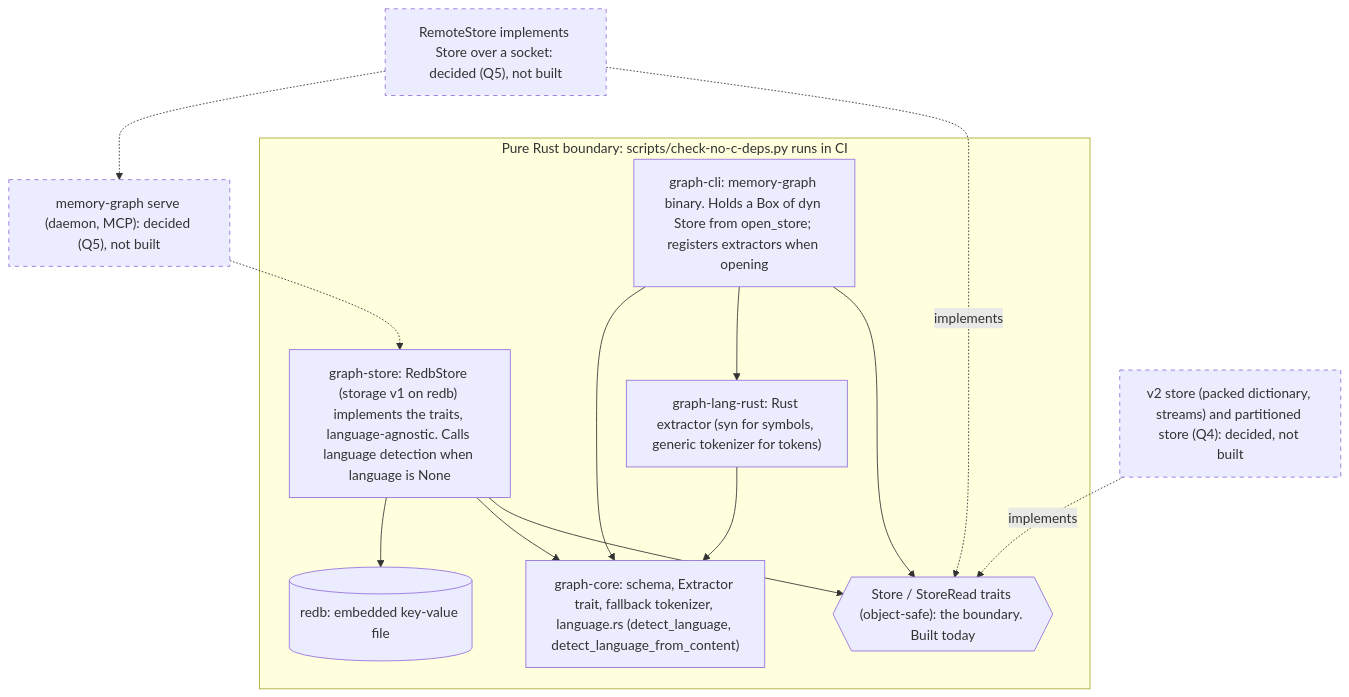
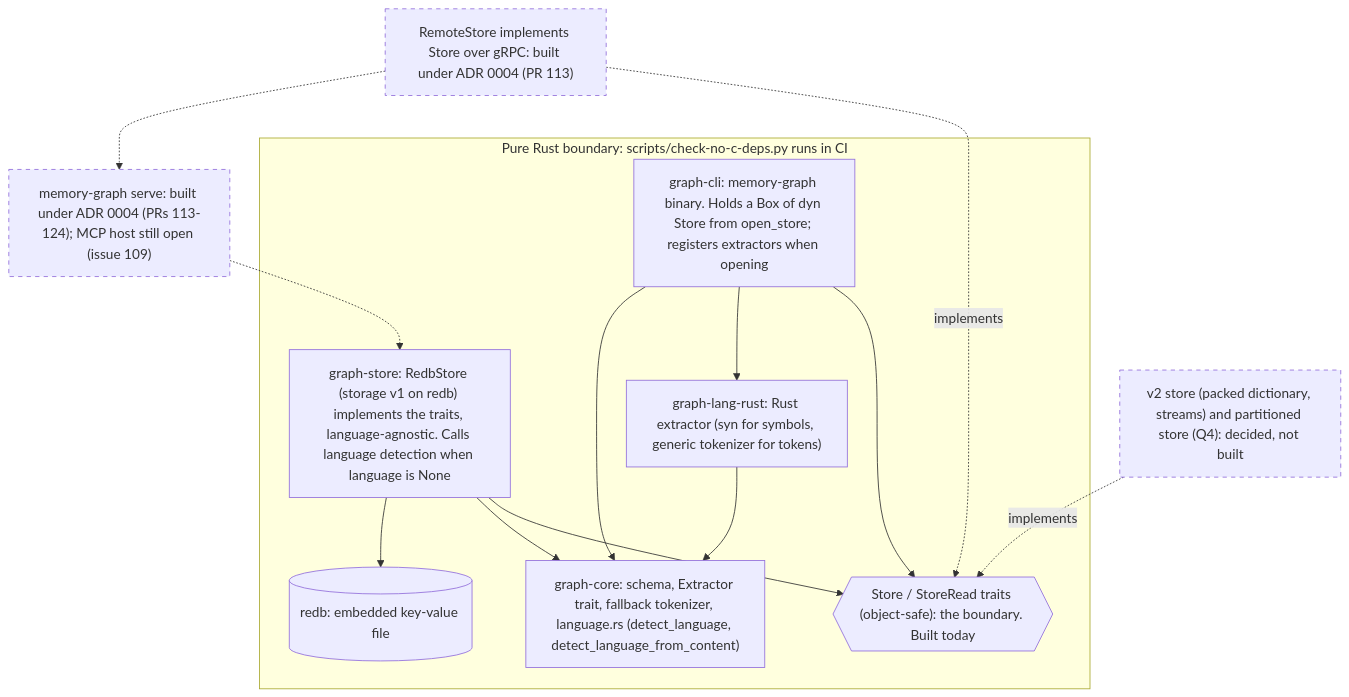
Before and after one commit to P47Phoenix/memory-graph: the fifth of 19 diagrams in docs/architecture-diagrams.md, drawn with Mermaid. The commit also changed other lines of this file and 9 other files, not shown here.

````diff
--- a/docs/architecture-diagrams.md
+++ b/docs/architecture-diagrams.md
@@ -157,28 +157,28 @@
 ```mermaid
 flowchart TD
     subgraph PURE["Pure Rust boundary: scripts/check-no-c-deps.py runs in CI"]
         CLI["graph-cli: memory-graph binary. Holds a Box of dyn Store from open_store; registers extractors when opening"]
         LANG["graph-lang-rust: Rust extractor (syn for symbols, generic tokenizer for tokens)"]
         TRAIT{{"Store / StoreRead traits (object-safe): the boundary. Built today"}}
         STORE["graph-store: RedbStore (storage v1 on redb) implements the traits, language-agnostic. Calls language detection when language is None"]
         CORE["graph-core: schema, Extractor trait, fallback tokenizer, language.rs (detect_language, detect_language_from_content)"]
         REDB[("redb: embedded key-value file")]
         CLI --> TRAIT
         STORE --> TRAIT
         CLI --> LANG
         CLI --> CORE
         STORE --> CORE
         LANG --> CORE
         STORE --> REDB
     end
-    SERVE["memory-graph serve (daemon, MCP): decided (Q5), not built"]
-    REMOTE["RemoteStore implements Store over a socket: decided (Q5), not built"]
+    SERVE["memory-graph serve: built under ADR 0004 (PRs 113-124); MCP host still open (issue 109)"]
+    REMOTE["RemoteStore implements Store over gRPC: built under ADR 0004 (PR 113)"]
     V2["v2 store (packed dictionary, streams) and partitioned store (Q4): decided, not built"]
     SERVE -.-> STORE
     REMOTE -.->|"implements"| TRAIT
     REMOTE -.-> SERVE
     V2 -.->|"implements"| TRAIT
     style SERVE stroke-dasharray: 5 5
     style REMOTE stroke-dasharray: 5 5
     style V2 stroke-dasharray: 5 5
 ```
````
